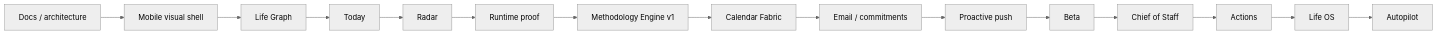
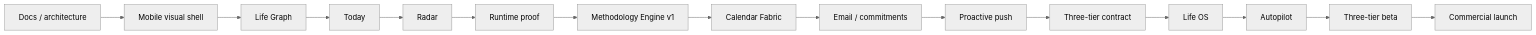
The diagram in docs/07-IMPLEMENTATION-ROADMAP.md (seq23/aplayer-mode), drawn with Mermaid (neutral theme) before and after one commit. The commit also changed other lines of this file, not shown here.

Commit message:
docs: resequence roadmap for three individual tiers

````diff
--- a/docs/07-IMPLEMENTATION-ROADMAP.md
+++ b/docs/07-IMPLEMENTATION-ROADMAP.md
@@ -10,17 +10,17 @@
 ```mermaid
 flowchart LR
   A[Docs / architecture] --> B[Mobile visual shell]
   B --> C[Life Graph]
   C --> D[Today]
   D --> E[Radar]
   E --> RP[Runtime proof]
   RP --> M[Methodology Engine v1]
   M --> F[Calendar Fabric]
   F --> G[Email / commitments]
   G --> H[Proactive push]
-  H --> I[Beta]
-  I --> J[Chief of Staff]
-  J --> K[Actions]
-  K --> L[Life OS]
+  H --> T[Three-tier contract]
+  T --> L[Life OS]
   L --> N[Autopilot]
+  N --> I[Three-tier beta]
+  I --> J[Commercial launch]
 ```
````
